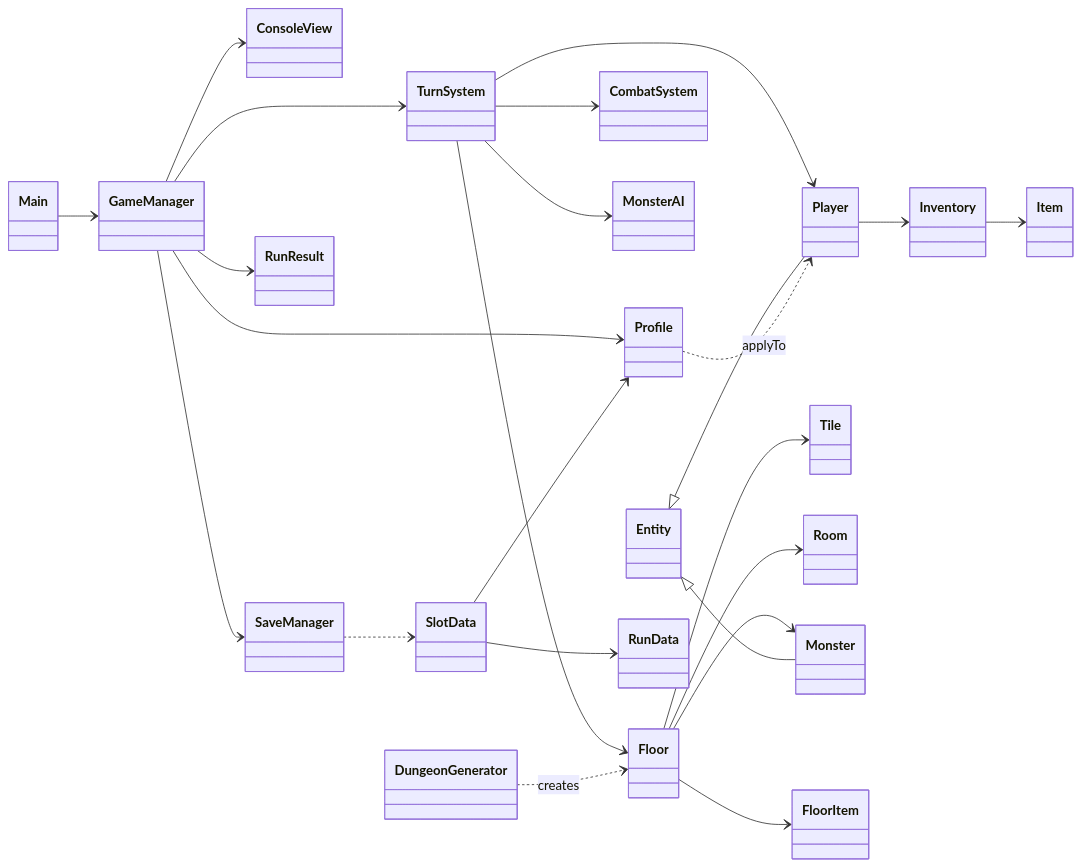
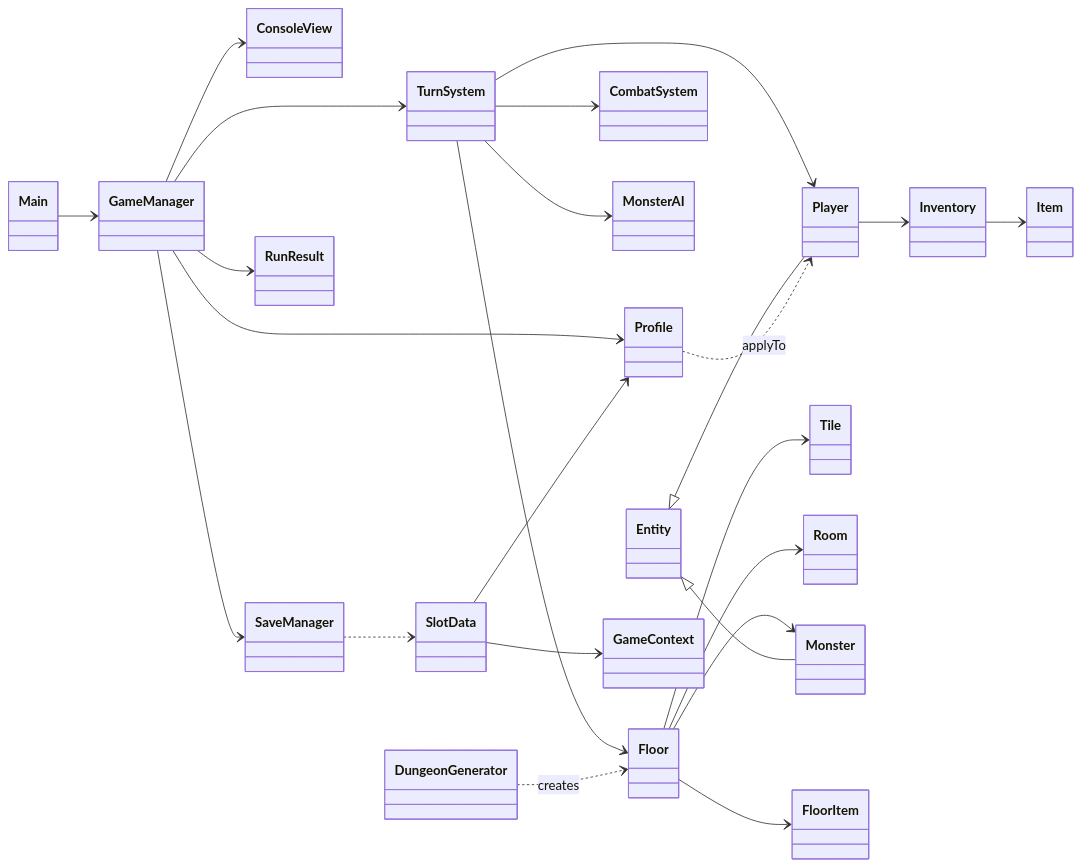
One commit to likelion-boot-camp-28th/side-project01-team01 changed the first of 9 diagrams in docs/Class-Diagram.md. Above: the diagram before and after it, drawn with Mermaid. The commit also changed other lines of this file and 7 other files, not shown here.

First line of the commit message:
feat: A 파트 2차 스켈레톤 추가 (TurnSystem, GameManager, MapRenderer, SlotData)

````diff
--- a/docs/Class-Diagram.md
+++ b/docs/Class-Diagram.md
@@ -8,27 +8,27 @@
 ```mermaid
 classDiagram
     direction LR
     Main --> GameManager
     GameManager --> TurnSystem
     GameManager --> ConsoleView
     GameManager --> SaveManager
     TurnSystem --> Player
     TurnSystem --> Floor
     TurnSystem --> CombatSystem
     TurnSystem --> MonsterAI
     Floor --> Tile
     Floor --> Room
     Floor --> Monster
     Floor --> FloorItem
     Player --> Inventory
     Inventory --> Item
     Entity <|-- Player
     Entity <|-- Monster
     DungeonGenerator ..> Floor : creates
     GameManager --> Profile
     GameManager --> RunResult
     Profile ..> Player : applyTo
     SaveManager ..> SlotData
     SlotData --> Profile
-    SlotData --> RunData
+    SlotData --> GameContext
 ```
````
